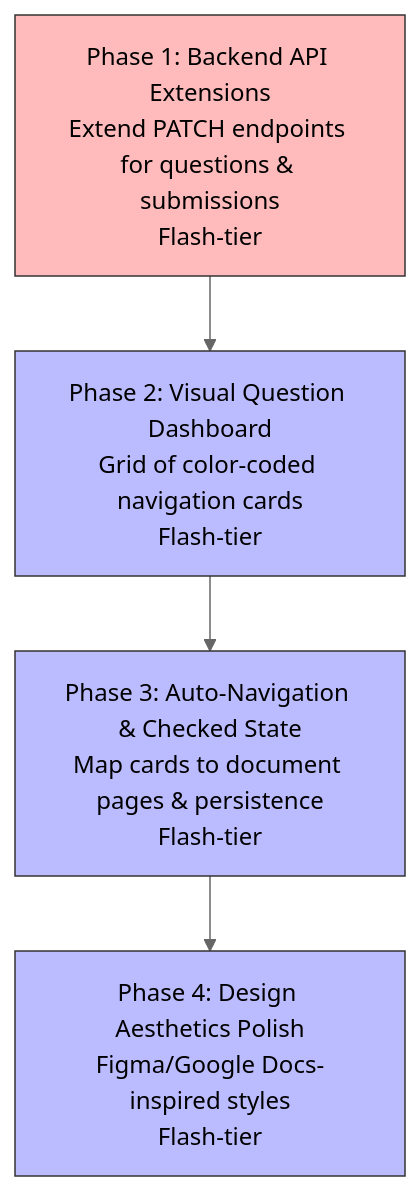
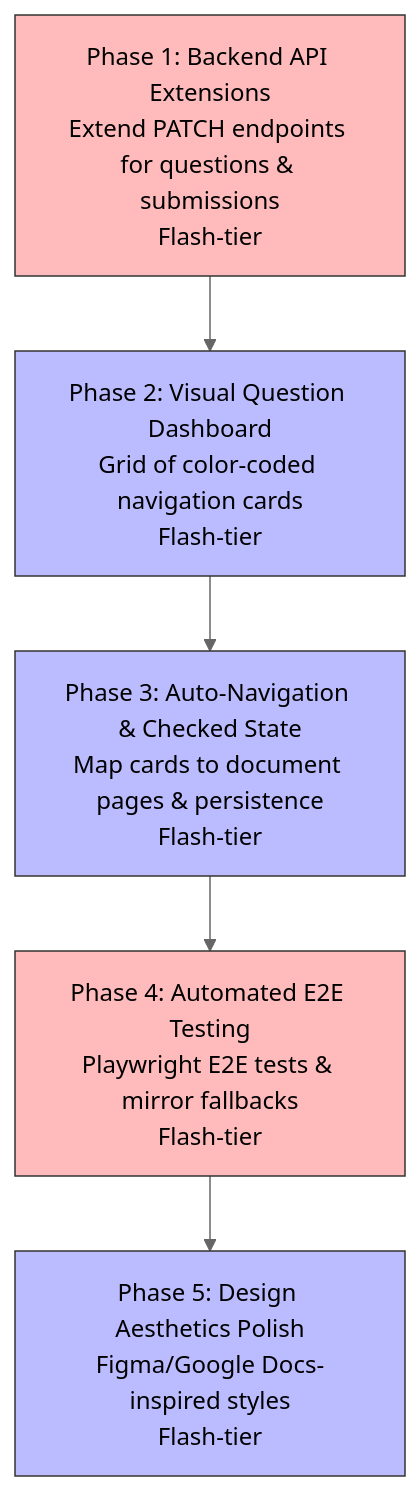
The diagram in docs/plans/review-server-ux-improvements.md (walshkang/gradeline), drawn with Mermaid (neutral theme) before and after one commit. The commit also changed other lines of this file and 8 other files, not shown here.

Commit message:
feat: implement Playwright E2E testing for the review dashboard and update documentation

````diff
--- a/docs/plans/review-server-ux-improvements.md
+++ b/docs/plans/review-server-ux-improvements.md
@@ -9,11 +9,13 @@
 ```mermaid
 graph TD
     P1["Phase 1: Backend API Extensions<br>Extend PATCH endpoints for questions & submissions<br>Flash-tier"] --> P2["Phase 2: Visual Question Dashboard<br>Grid of color-coded navigation cards<br>Flash-tier"]
     P2 --> P3["Phase 3: Auto-Navigation & Checked State<br>Map cards to document pages & persistence<br>Flash-tier"]
-    P3 --> P4["Phase 4: Design Aesthetics Polish<br>Figma/Google Docs-inspired styles<br>Flash-tier"]
+    P3 --> P4["Phase 4: Automated E2E Testing<br>Playwright E2E tests & mirror fallbacks<br>Flash-tier"]
+    P4 --> P5["Phase 5: Design Aesthetics Polish<br>Figma/Google Docs-inspired styles<br>Flash-tier"]
 
     style P1 fill:#fbb,stroke:#333
     style P2 fill:#bbf,stroke:#333
     style P3 fill:#bbf,stroke:#333
-    style P4 fill:#bbf,stroke:#333
+    style P4 fill:#fbb,stroke:#333
+    style P5 fill:#bbf,stroke:#333
 ```
````
